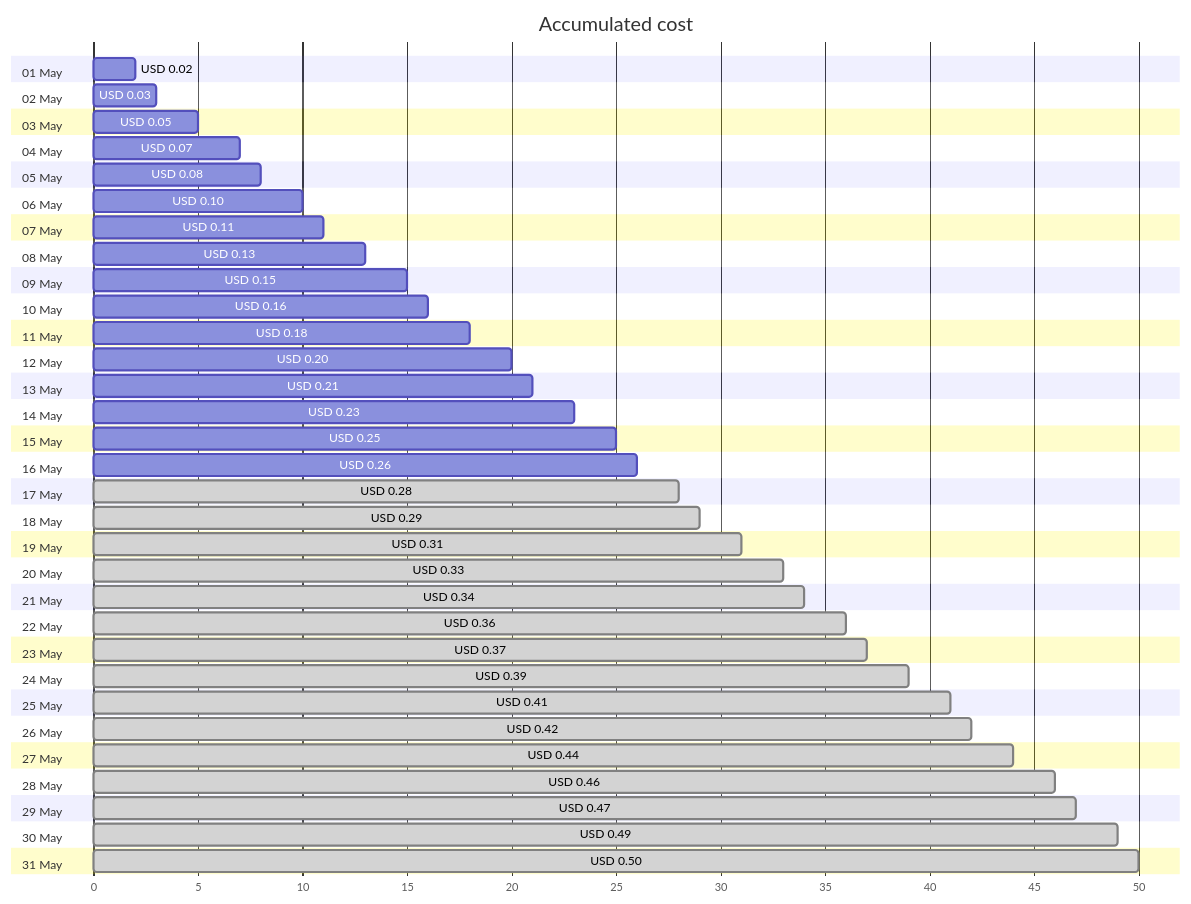
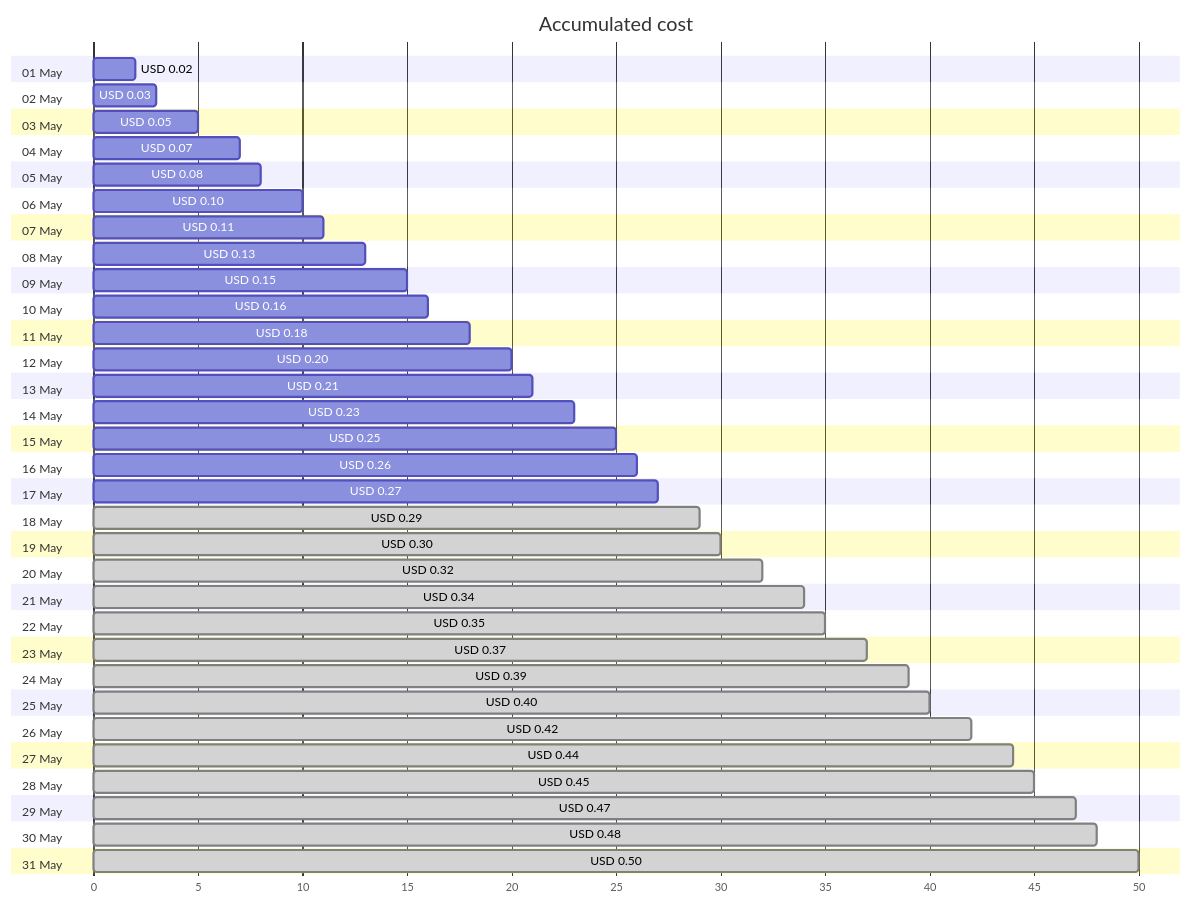
Before and after one commit to jpfulton/azure-personal-reports: the first of 4 diagrams in cost-reports/personal-dns/jpatrickfulton.com.md, drawn with Mermaid. The commit also changed other lines of this file and 2 other files, not shown here.

````diff
--- a/cost-reports/personal-dns/jpatrickfulton.com.md
+++ b/cost-reports/personal-dns/jpatrickfulton.com.md
@@ -20,68 +20,68 @@
 ```mermaid
 gantt
    title Accumulated cost
    dateFormat  X
    axisFormat %s
    section 01 May
    USD 0.02 :0, 2
    section 02 May
    USD 0.03 :0, 3
    section 03 May
    USD 0.05 :0, 5
    section 04 May
    USD 0.07 :0, 7
    section 05 May
    USD 0.08 :0, 8
    section 06 May
    USD 0.10 :0, 10
    section 07 May
    USD 0.11 :0, 11
    section 08 May
    USD 0.13 :0, 13
    section 09 May
    USD 0.15 :0, 15
    section 10 May
    USD 0.16 :0, 16
    section 11 May
    USD 0.18 :0, 18
    section 12 May
    USD 0.20 :0, 20
    section 13 May
    USD 0.21 :0, 21
    section 14 May
    USD 0.23 :0, 23
    section 15 May
    USD 0.25 :0, 25
    section 16 May
    USD 0.26 :0, 26
    section 17 May
-   USD 0.28 : done, 0, 28
+   USD 0.27 :0, 27
    section 18 May
    USD 0.29 : done, 0, 29
    section 19 May
-   USD 0.31 : done, 0, 31
+   USD 0.30 : done, 0, 30
    section 20 May
-   USD 0.33 : done, 0, 33
+   USD 0.32 : done, 0, 32
    section 21 May
    USD 0.34 : done, 0, 34
    section 22 May
-   USD 0.36 : done, 0, 36
+   USD 0.35 : done, 0, 35
    section 23 May
    USD 0.37 : done, 0, 37
    section 24 May
    USD 0.39 : done, 0, 39
    section 25 May
-   USD 0.41 : done, 0, 41
+   USD 0.40 : done, 0, 40
    section 26 May
    USD 0.42 : done, 0, 42
    section 27 May
    USD 0.44 : done, 0, 44
    section 28 May
-   USD 0.46 : done, 0, 46
+   USD 0.45 : done, 0, 45
    section 29 May
    USD 0.47 : done, 0, 47
    section 30 May
-   USD 0.49 : done, 0, 49
+   USD 0.48 : done, 0, 48
    section 31 May
    USD 0.50 : done, 0, 50
 ```
````
